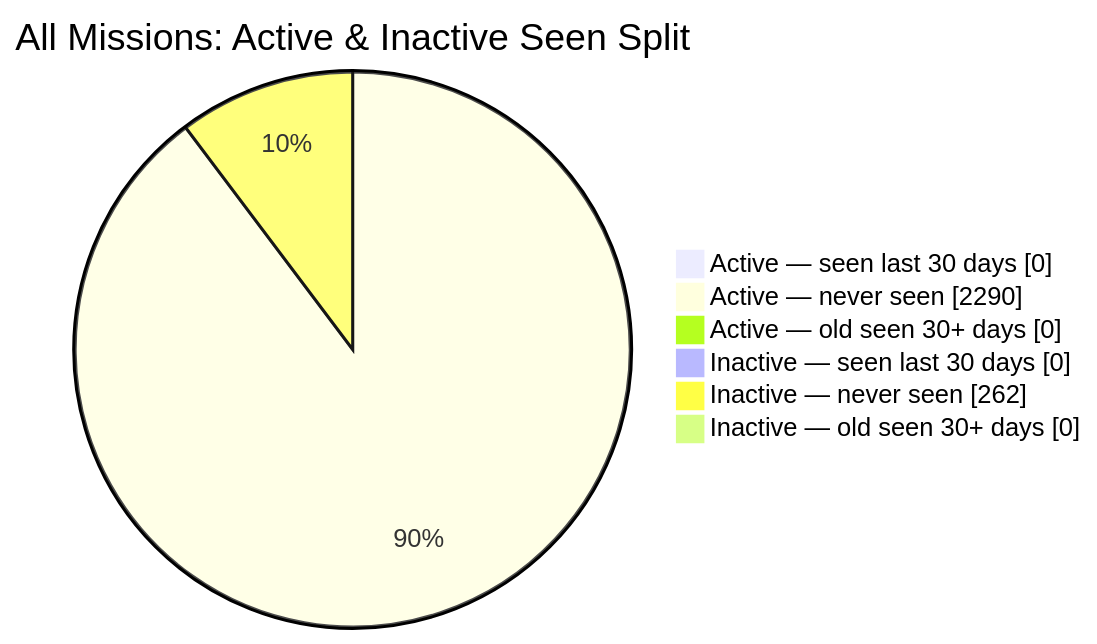
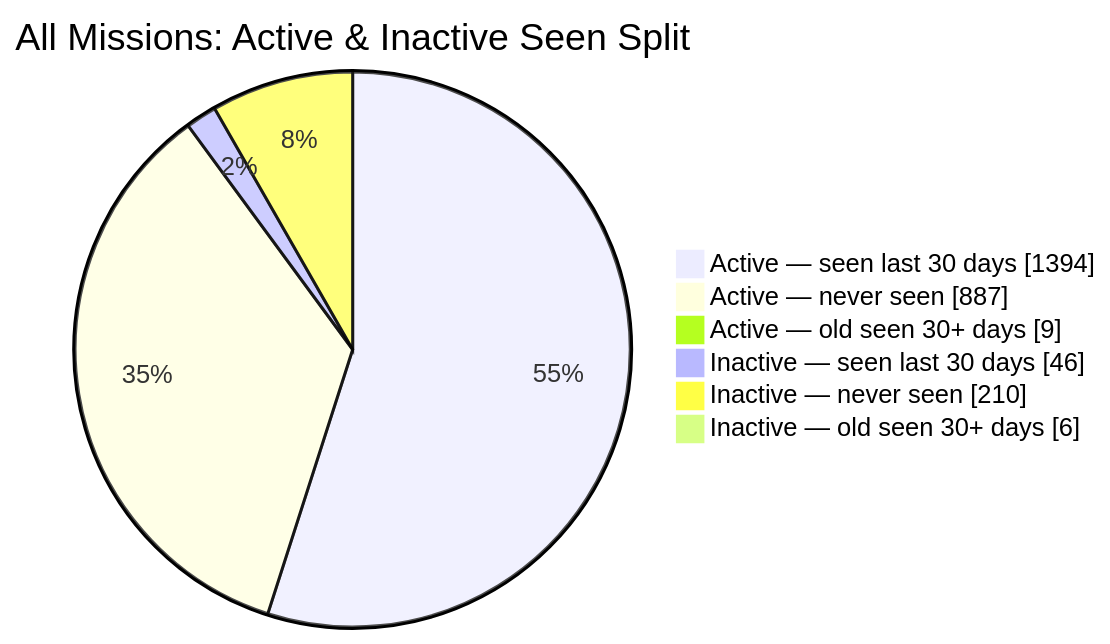
Before and after one commit to MeldkamerspelGameTeam/active-missions: the second of 2 diagrams in README.md, drawn with Mermaid. The commit also changed other lines of this file and 4 other files, not shown here.

````diff
--- a/README.md
+++ b/README.md
@@ -44,10 +44,10 @@
 ```mermaid
 pie showData
     title All Missions: Active & Inactive Seen Split
-    "Active — seen last 30 days" : 0
-    "Active — never seen" : 2290
-    "Active — old seen 30+ days" : 0
-    "Inactive — seen last 30 days" : 0
-    "Inactive — never seen" : 262
-    "Inactive — old seen 30+ days" : 0
+    "Active — seen last 30 days" : 1394
+    "Active — never seen" : 887
+    "Active — old seen 30+ days" : 9
+    "Inactive — seen last 30 days" : 46
+    "Inactive — never seen" : 210
+    "Inactive — old seen 30+ days" : 6
 ```
````
